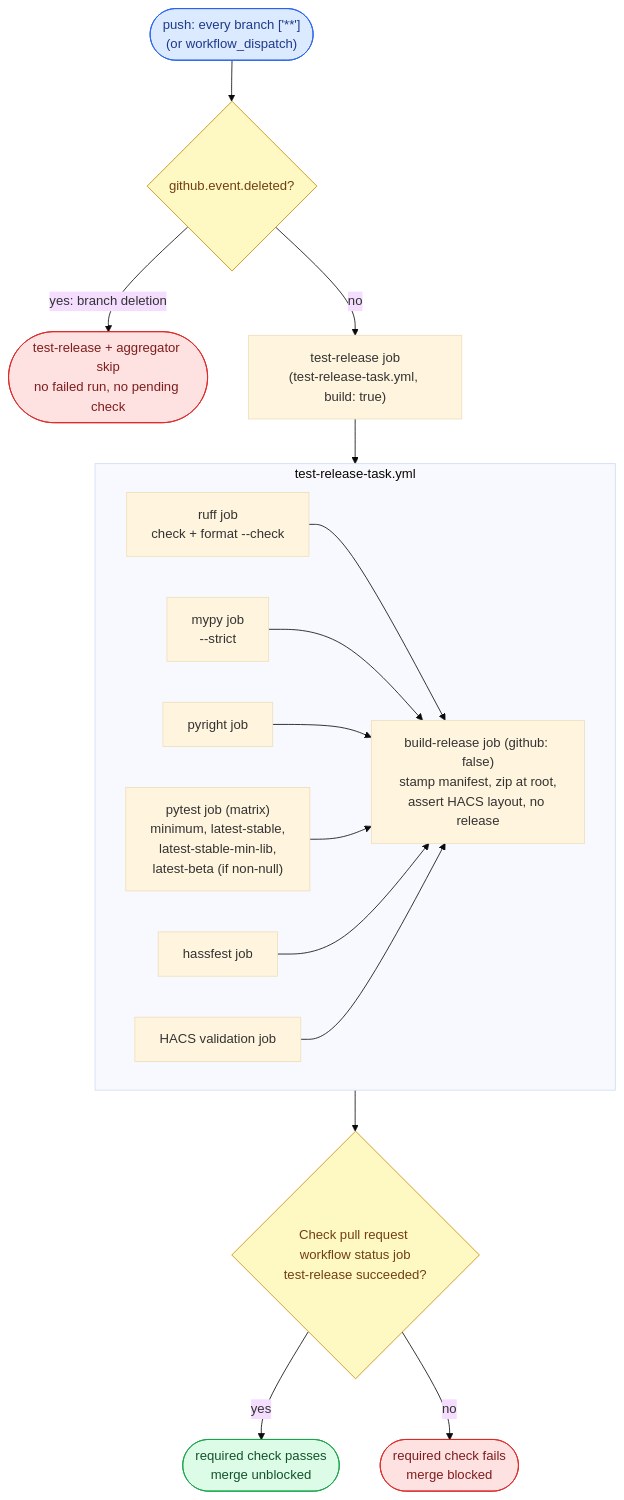
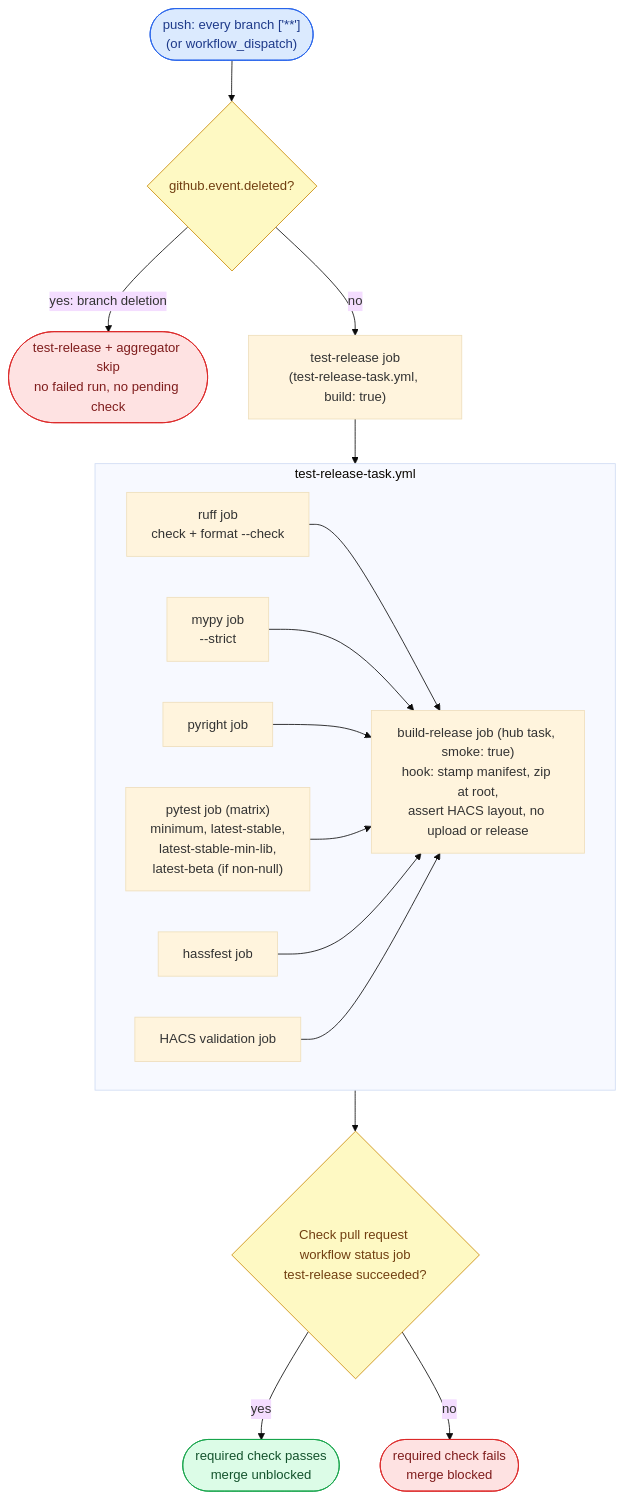
Before and after one commit to ptr727/homeassistant-purpleair: the first of 4 diagrams in WORKFLOW.md, drawn with Mermaid (base theme). The commit also changed other lines of this file and 5 other files, not shown here.

First line of the commit message:
Adopt the Hub's Release Chain Through a build-release-asset Hook

````diff
--- a/WORKFLOW.md
+++ b/WORKFLOW.md
@@ -261,30 +263,30 @@
 ```mermaid
 flowchart TD
     T(["push: every branch ['**']<br/>(or workflow_dispatch)"]):::trig
     T --> D{"github.event.deleted?"}:::gate
     D -- "yes: branch deletion" --> X(["test-release + aggregator skip<br/>no failed run, no pending check"]):::stop
     D -- "no" --> TR["test-release job<br/>(test-release-task.yml, build: true)"]
     subgraph TRT ["test-release-task.yml"]
         RF["ruff job<br/>check + format --check"]
         MY["mypy job<br/>--strict"]
         PY["pyright job"]
         PT["pytest job (matrix)<br/>minimum, latest-stable,<br/>latest-stable-min-lib,<br/>latest-beta (if non-null)"]
         HF["hassfest job"]
         HC["HACS validation job"]
-        BR["build-release job (github: false)<br/>stamp manifest, zip at root,<br/>assert HACS layout, no release"]
+        BR["build-release job (hub task, smoke: true)<br/>hook: stamp manifest, zip at root,<br/>assert HACS layout, no upload or release"]
         RF --> BR
         MY --> BR
         PY --> BR
         PT --> BR
         HF --> BR
         HC --> BR
     end
     TR --> TRT
     TRT --> A{"Check pull request workflow status job<br/>test-release succeeded?"}:::gate
     A -- "yes" --> G(["required check passes<br/>merge unblocked"]):::pub
     A -- "no" --> R(["required check fails<br/>merge blocked"]):::stop
     classDef trig fill:#dbeafe,stroke:#2563eb,color:#1e3a8a
     classDef gate fill:#fef9c3,stroke:#ca8a04,color:#713f12
     classDef pub fill:#dcfce7,stroke:#16a34a,color:#14532d
     classDef stop fill:#fee2e2,stroke:#dc2626,color:#7f1d1d
 ```
````
